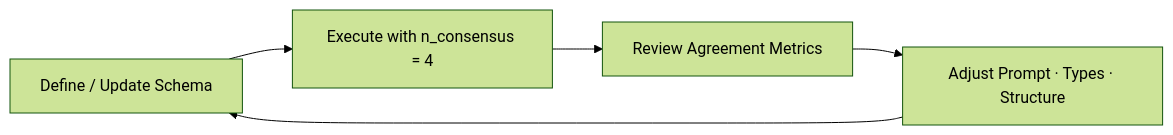
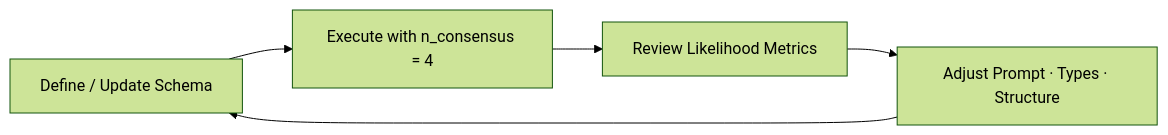
The second of 2 diagrams in core-concepts/Schema.mdx (retab-dev/docs), drawn with Mermaid (forest theme) before and after one commit. The commit also changed other lines of this file and 2 other files, not shown here.

````diff
--- a/core-concepts/Schema.mdx
+++ b/core-concepts/Schema.mdx
@@ -638,7 +638,7 @@
 ```mermaid
 flowchart LR
     Draft[Define / Update Schema] --> Test[Execute with n_consensus = 4]
-    Test --> Inspect[Review Agreement Metrics]
+    Test --> Inspect[Review Likelihood Metrics]
     Inspect --> Refine[Adjust Prompt · Types · Structure]
     Refine --> Draft
 ```
````
